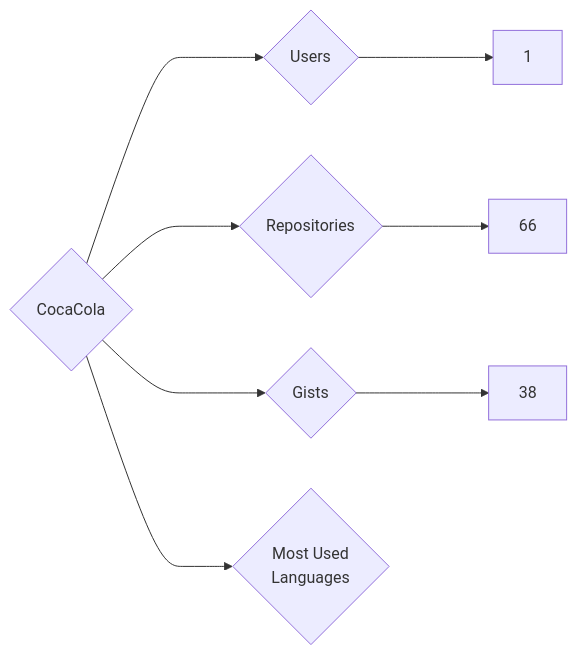
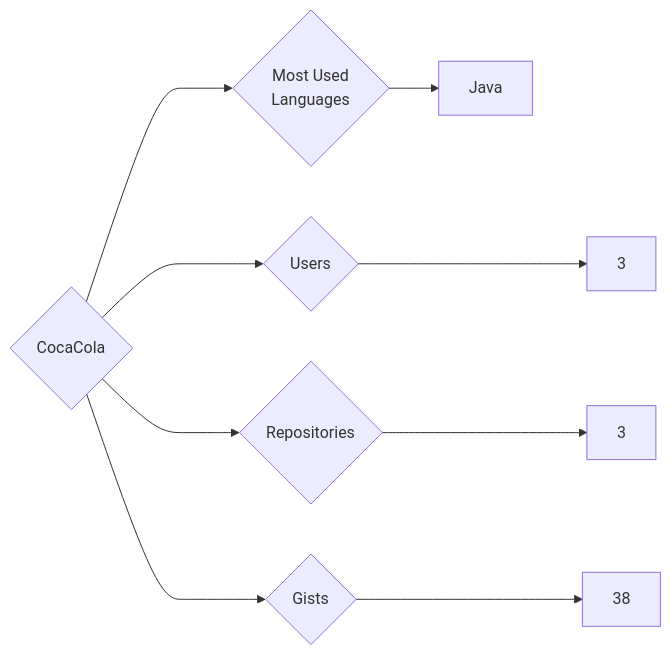
Before and after one commit to trickest/insiders: the diagram in targets/CocaCola/README.md, drawn with Mermaid. The commit also changed 688 other files, not shown here.

````diff
--- a/targets/CocaCola/README.md
+++ b/targets/CocaCola/README.md
@@ -3,8 +3,9 @@
 ```mermaid
 graph LR
 COMPANY_NAME{CocaCola}
-COMPANY_NAME ---> U{Users} ---> UN[1]
-COMPANY_NAME ---> R{Repositories} ---> RN[66]
+COMPANY_NAME ---> U{Users} ---> UN[3]
+COMPANY_NAME ---> R{Repositories} ---> RN[3]
 COMPANY_NAME ---> G{Gists} ---> GN[38]
 COMPANY_NAME ---> ML{Most Used<br>Languages}
+ML --> Java[Java]
 ```
````
